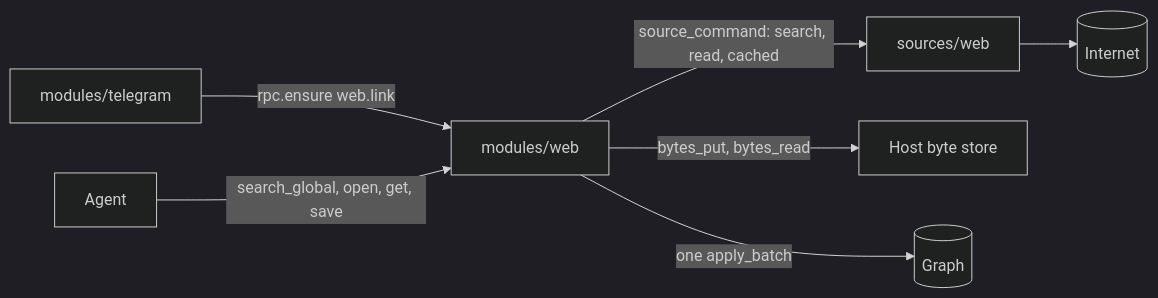
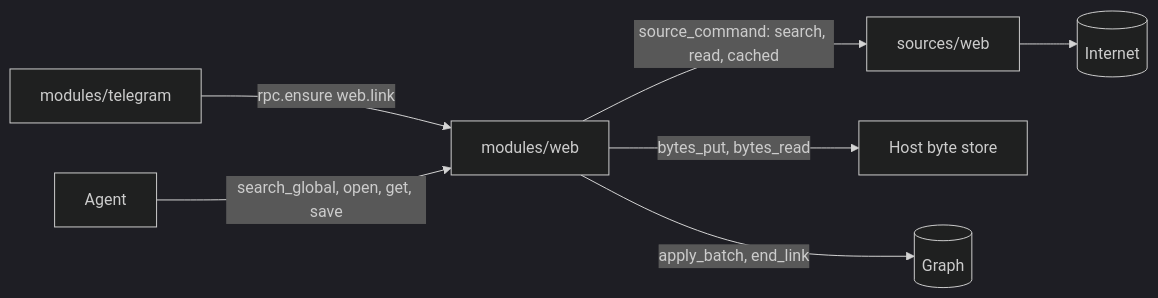
One commit to 0xmikko/magnis changed the first of 4 diagrams in docs/plans/web-source.md. Above: the diagram before and after it, drawn with Mermaid (dark theme). The commit also changed other lines of this file, not shown here.

Commit message:
plan(web-source): Codex round 1 — contents periods, window continuation, freshness, limits, flows, on-demand SDK and File

````diff
--- a/docs/plans/web-source.md
+++ b/docs/plans/web-source.md
@@ -36,9 +37,9 @@
 ```mermaid
 flowchart LR
     TG[modules/telegram] -->|rpc.ensure web.link| WEB[modules/web]
     AGENT[Agent] -->|search_global, open, get, save| WEB
     WEB -->|source_command: search, read, cached| SRC[sources/web]
     SRC --> NET[(Internet)]
     WEB -->|bytes_put, bytes_read| HOST[Host byte store]
-    WEB -->|one apply_batch| GRAPH[(Graph)]
+    WEB -->|apply_batch, end_link| GRAPH[(Graph)]
 ```
````
